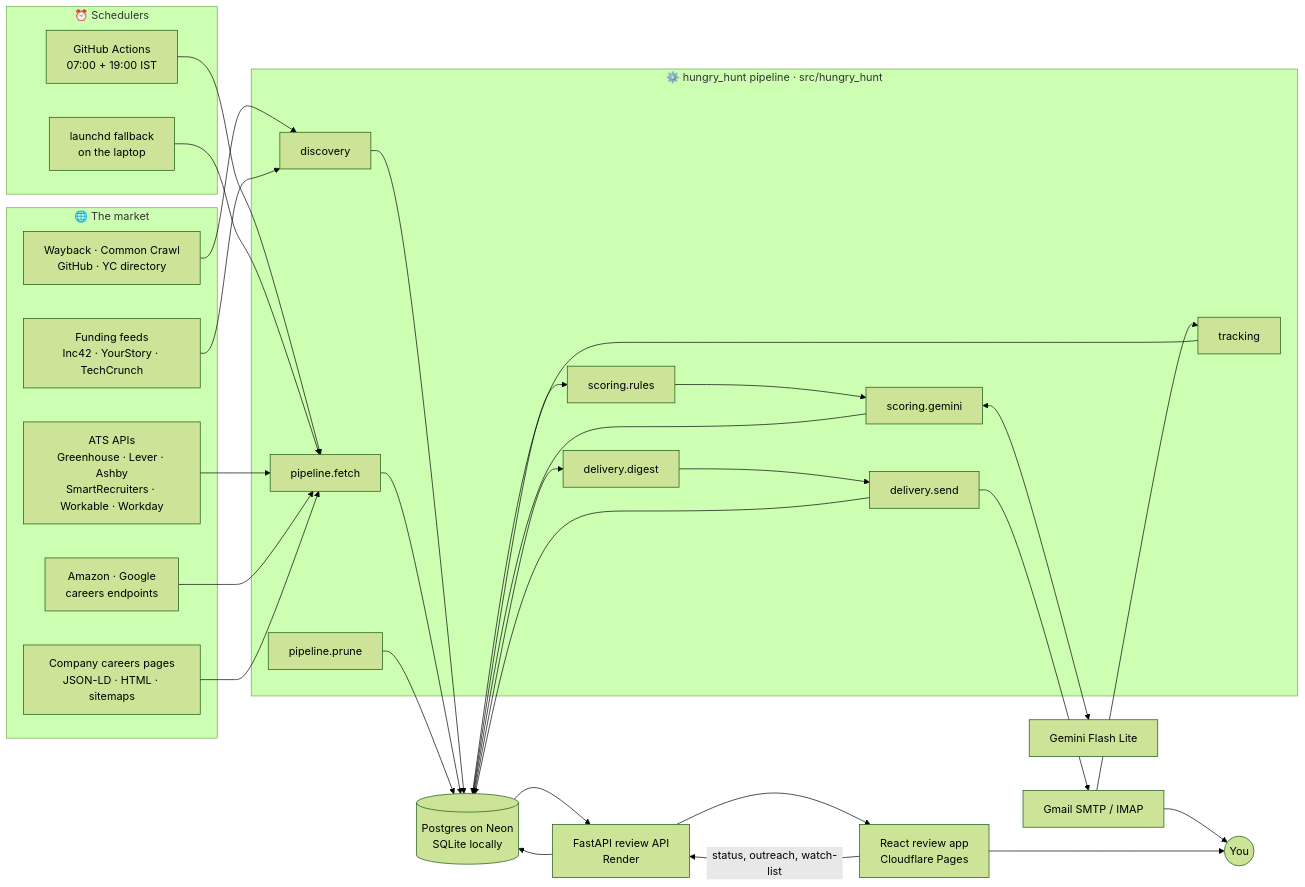
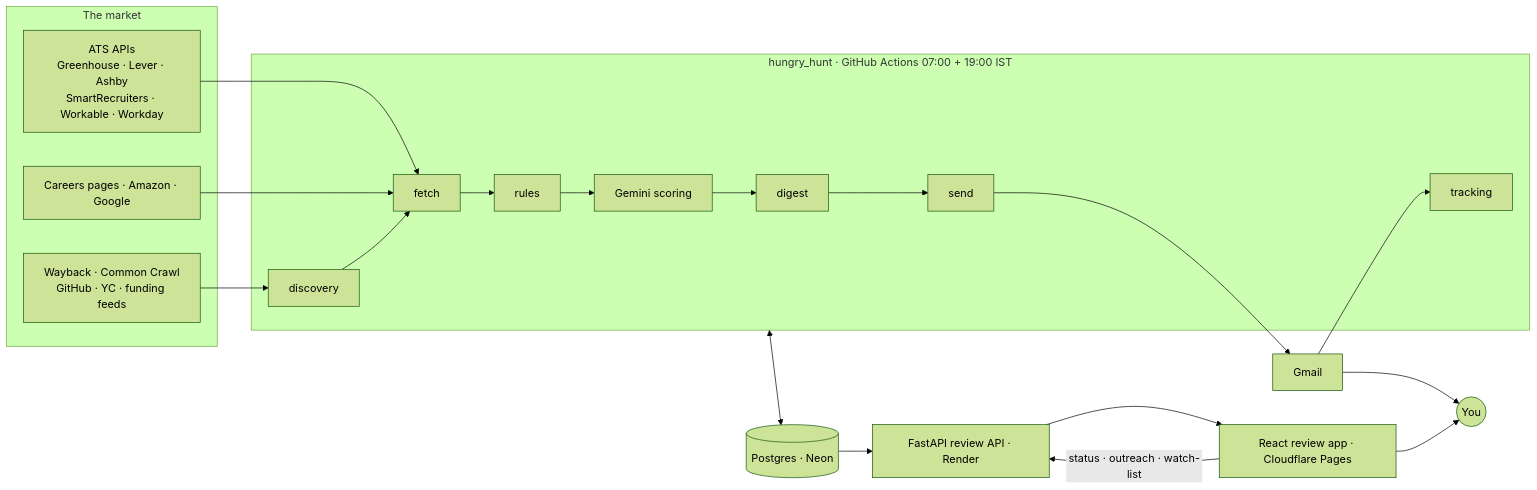
One commit to Poojitha319/hungry_hunt changed the first of 3 diagrams in README.md. Above: the diagram before and after it, drawn with Mermaid (forest theme). The commit also changed other lines of this file and 2 other files, not shown here.

First line of the commit message:
Restructure into src/hungry_hunt with production tooling and public README

````diff
--- a/README.md
+++ b/README.md
@@ -102,51 +48,28 @@
 ```mermaid
 flowchart LR
-    subgraph Sched["⏰ Schedulers"]
-        GA[GitHub Actions<br/>07:00 + 19:00 IST]
-        LD[launchd fallback<br/>on the laptop]
+    subgraph Sources["The market"]
+        ATS[ATS APIs<br/>Greenhouse · Lever · Ashby<br/>SmartRecruiters · Workable · Workday]
+        PAGES[Careers pages · Amazon · Google]
+        ARCH[Wayback · Common Crawl<br/>GitHub · YC · funding feeds]
     end
 
-    subgraph Sources["🌐 The market"]
-        ATS[ATS APIs<br/>Greenhouse · Lever · Ashby<br/>SmartRecruiters · Workable · Workday]
-        BIG[Amazon · Google<br/>careers endpoints]
-        PAGES[Company careers pages<br/>JSON-LD · HTML · sitemaps]
-        FEEDS[Funding feeds<br/>Inc42 · YourStory · TechCrunch]
-        ARCH[Wayback · Common Crawl<br/>GitHub · YC directory]
+    subgraph Pipe["hungry_hunt  ·  GitHub Actions 07:00 + 19:00 IST"]
+        D[discovery] --> F[fetch] --> R[rules] --> G[Gemini scoring] --> DG[digest] --> S[send]
+        T[tracking]
     end
 
-    subgraph Pipe["⚙️ hungry_hunt pipeline  ·  src/hungry_hunt"]
-        D[discovery]
-        F[pipeline.fetch]
-        R[scoring.rules]
-        G[scoring.gemini]
-        DG[delivery.digest]
-        S[delivery.send]
-        T[tracking]
-        P[pipeline.prune]
-    end
-
-    DB[(Postgres on Neon<br/>SQLite locally)]
-    LLM[Gemini Flash Lite]
-    MAIL[Gmail SMTP / IMAP]
-    API[FastAPI review API<br/>Render]
-    UI[React review app<br/>Cloudflare Pages]
+    DB[(Postgres · Neon)]
+    MAIL[Gmail]
+    API[FastAPI review API · Render]
+    UI[React review app · Cloudflare Pages]
     YOU((You))
 
-    GA --> F
-    LD --> F
     ARCH --> D
-    FEEDS --> D
-    D --> DB
     ATS --> F
-    BIG --> F
     PAGES --> F
-    F --> DB
-    DB --> R --> G --> DB
-    G <--> LLM
-    DB --> DG --> S --> MAIL --> YOU
-    S --> DB
-    MAIL --> T --> DB
-    P --> DB
+    Pipe <--> DB
+    S --> MAIL --> YOU
+    MAIL --> T
     DB --> API --> UI --> YOU
-    UI -- status, outreach, watch-list --> API --> DB
+    UI -- status · outreach · watch-list --> API
 ```
````
